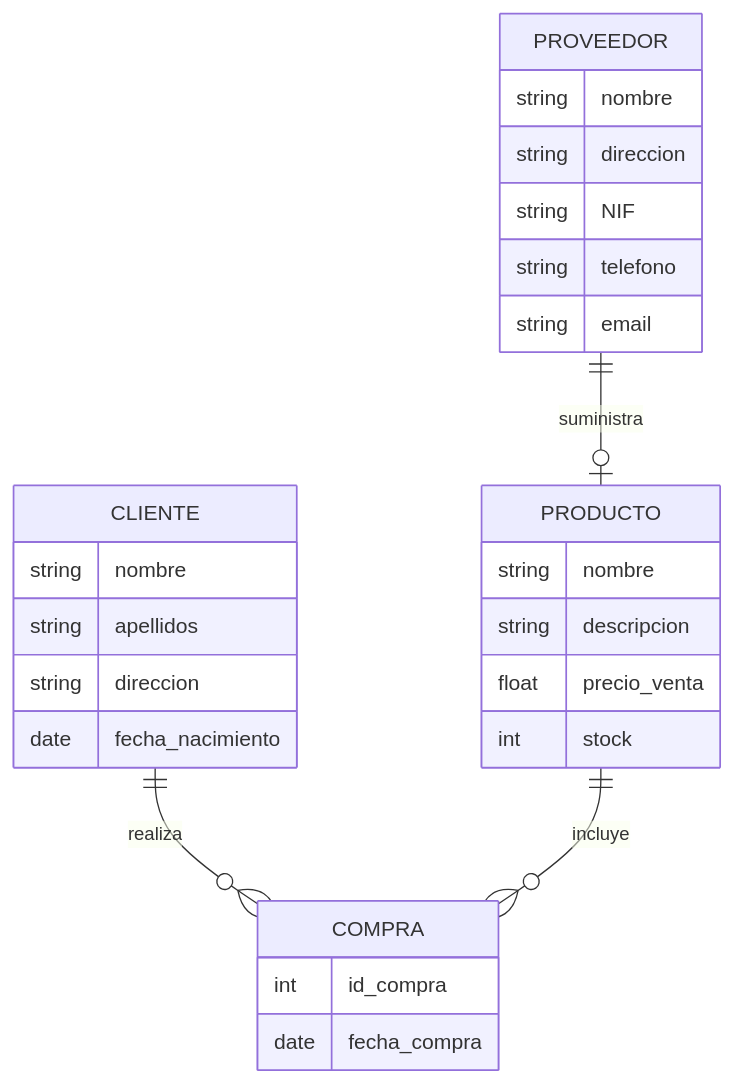
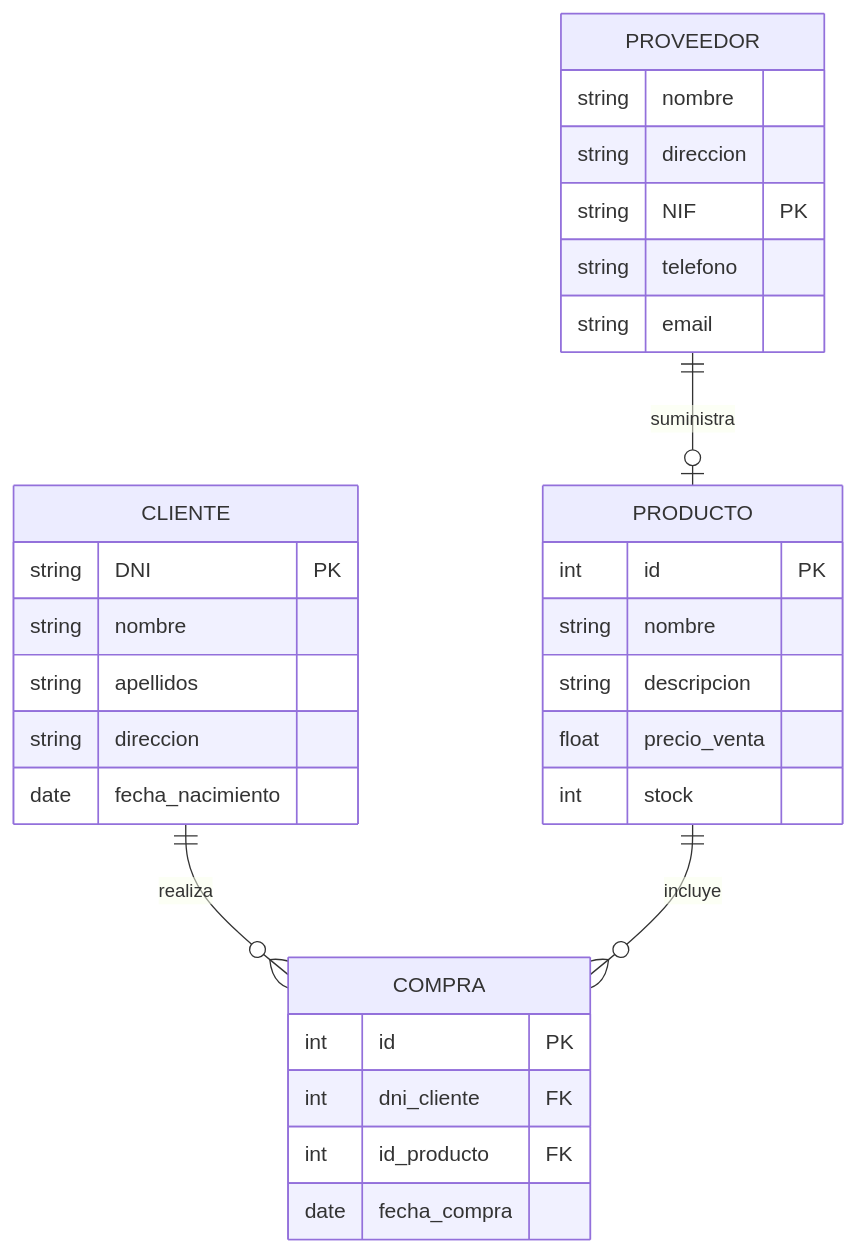
Before and after one commit to mmourazos/Curso-2024-2025: the diagram in docs/GBD/UD 02 - Modelo entidad-relación/Tareas/Tarea 2.md, drawn with Mermaid.

Commit message:
Retoque solución errónea de Copilot Chat.

````diff
--- a/docs/GBD/UD 02 - Modelo entidad-relación/Tareas/Tarea 2.md
+++ b/docs/GBD/UD 02 - Modelo entidad-relación/Tareas/Tarea 2.md
@@ -11,29 +11,33 @@
 ```mermaid
 erDiagram
     CLIENTE {
+        string DNI PK
         string nombre
         string apellidos
         string direccion
         date fecha_nacimiento
     }
     PRODUCTO {
+        int id PK
         string nombre
         string descripcion
         float precio_venta
         int stock
     }
     PROVEEDOR {
         string nombre
         string direccion
-        string NIF
+        string NIF PK
         string telefono
         string email
     }
     COMPRA {
-        int id_compra
+        int id PK
+        int dni_cliente FK
+        int id_producto FK
         date fecha_compra
     }
     CLIENTE ||--o{ COMPRA : realiza
     PRODUCTO ||--o{ COMPRA : incluye
     PROVEEDOR ||--o| PRODUCTO : suministra
 ```
````
